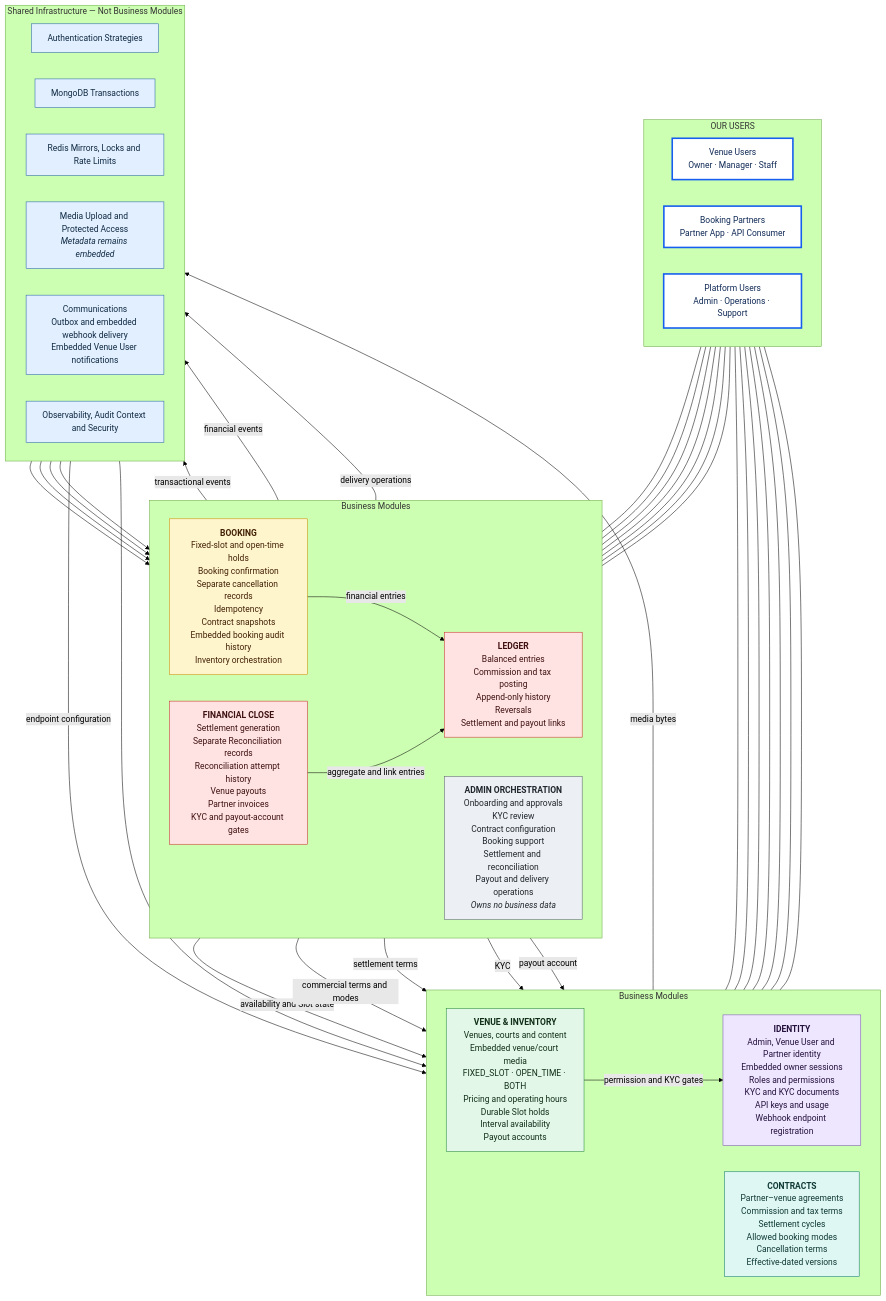
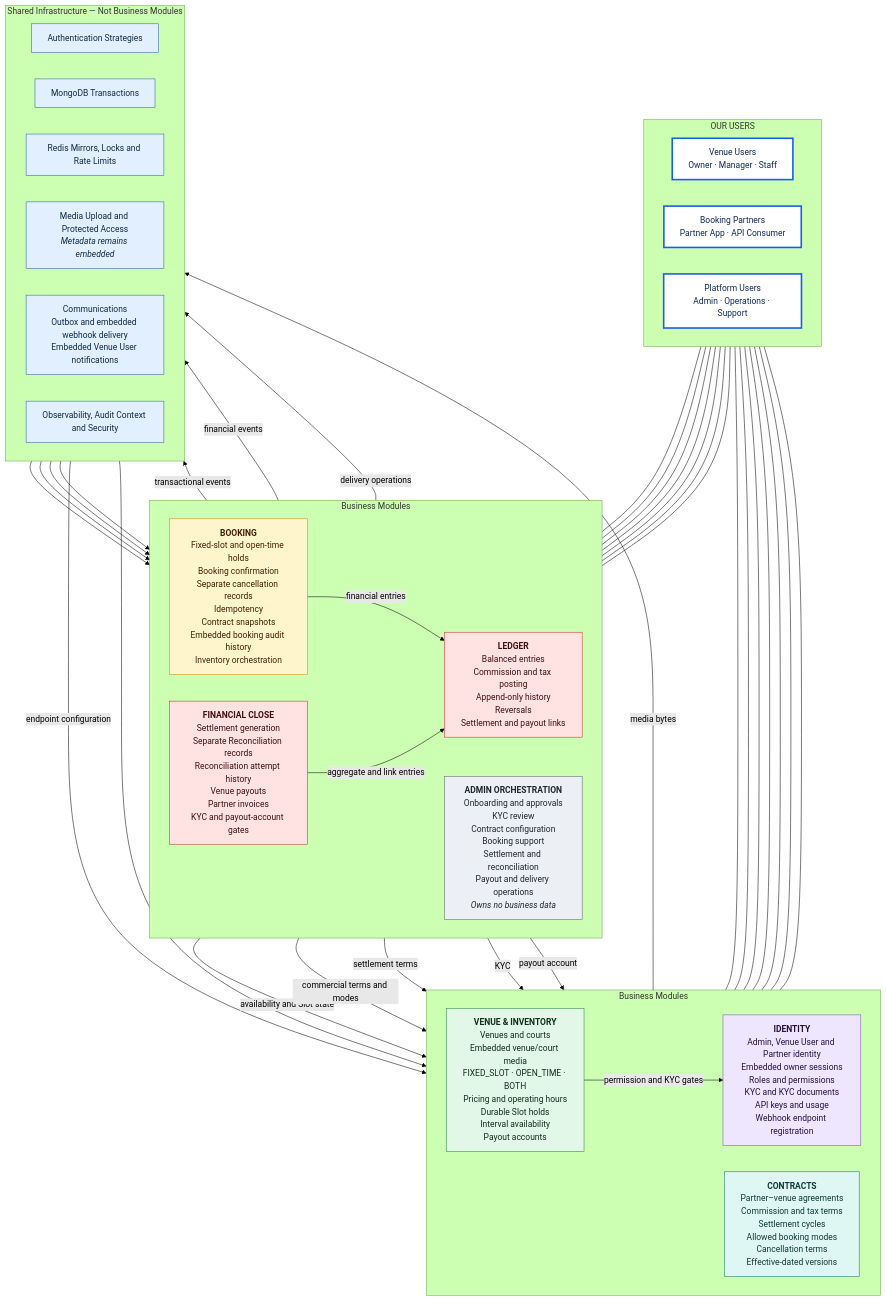
The diagram in docs/turf-gds-user-centered-module-architecture.md (AIBInnovations/turf_gds), drawn with Mermaid (forest theme) before and after one commit. The commit also changed other lines of this file and 15 other files, not shown here.

```diff
--- a/docs/turf-gds-user-centered-module-architecture.md
+++ b/docs/turf-gds-user-centered-module-architecture.md
@@ -22,7 +23,7 @@
     subgraph TOP["Business Modules"]
         direction LR
         ID["<b>IDENTITY</b><br/>Admin, Venue User and Partner identity<br/>Embedded owner sessions<br/>Roles and permissions<br/>KYC and KYC documents<br/>API keys and usage<br/>Webhook endpoint registration"]
-        VEN["<b>VENUE & INVENTORY</b><br/>Venues, courts and content<br/>Embedded venue/court media<br/>FIXED_SLOT · OPEN_TIME · BOTH<br/>Pricing and operating hours<br/>Durable Slot holds<br/>Interval availability<br/>Payout accounts"]
+        VEN["<b>VENUE & INVENTORY</b><br/>Venues and courts<br/>Embedded venue/court media<br/>FIXED_SLOT · OPEN_TIME · BOTH<br/>Pricing and operating hours<br/>Durable Slot holds<br/>Interval availability<br/>Payout accounts"]
         CON["<b>CONTRACTS</b><br/>Partner–venue agreements<br/>Commission and tax terms<br/>Settlement cycles<br/>Allowed booking modes<br/>Cancellation terms<br/>Effective-dated versions"]
     end
 
```
